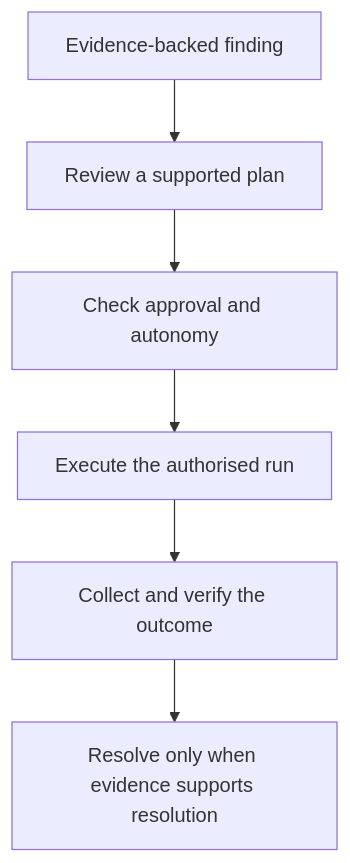
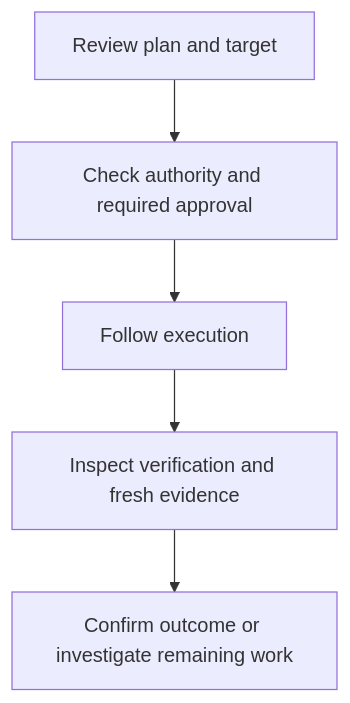
Before and after one commit to ledgrhq/alignr-docs: the diagram in guides/remediation.mdx, drawn with Mermaid. The commit also changed other lines of this file and 36 other files, not shown here.

````diff
--- a/guides/remediation.mdx
+++ b/guides/remediation.mdx
@@ -12,8 +16,7 @@
 ```mermaid
 flowchart TD
-    F["Evidence-backed finding"] --> P["Review a supported plan"]
-    P --> A["Check approval and autonomy"]
-    A --> R["Execute the authorised run"]
-    R --> V["Collect and verify the outcome"]
-    V --> C["Resolve only when evidence supports resolution"]
+    P["Review plan and target"] --> A["Check authority and required approval"]
+    A --> R["Follow execution"]
+    R --> V["Inspect verification and fresh evidence"]
+    V --> N["Confirm outcome or investigate remaining work"]
 ```
````
